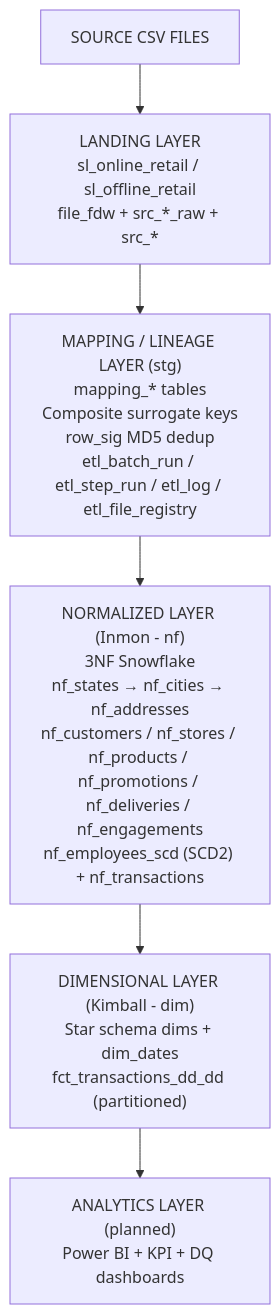
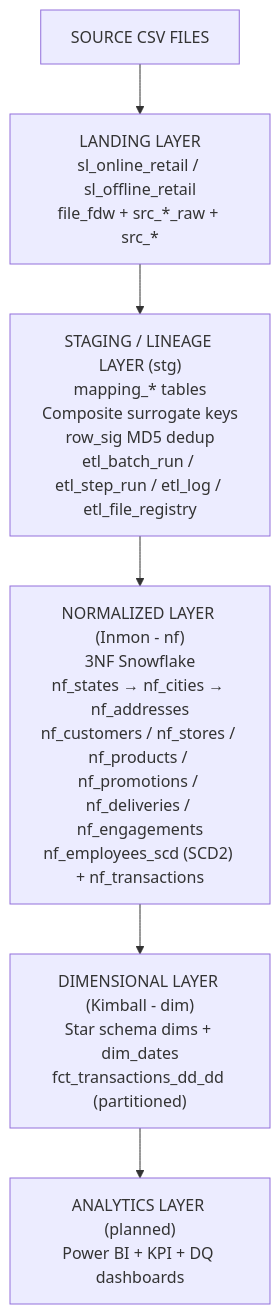
One commit to sumikara/retail-datawarehouse-e2e changed the second of 10 diagrams in README.md. Above: the diagram before and after it, drawn with Mermaid.

````diff
--- a/README.md
+++ b/README.md
@@ -104,8 +104,8 @@
 ```mermaid
 flowchart TD
     A["SOURCE CSV FILES"] --> B["LANDING LAYER\nsl_online_retail / sl_offline_retail\nfile_fdw + src_*_raw + src_*"]
-    B --> C["MAPPING / LINEAGE LAYER (stg)\nmapping_* tables\nComposite surrogate keys\nrow_sig MD5 dedup\netl_batch_run / etl_step_run / etl_log / etl_file_registry"]
+    B --> C["STAGING / LINEAGE LAYER (stg)\nmapping_* tables\nComposite surrogate keys\nrow_sig MD5 dedup\netl_batch_run / etl_step_run / etl_log / etl_file_registry"]
     C --> D["NORMALIZED LAYER (Inmon - nf)\n3NF Snowflake\nnf_states → nf_cities → nf_addresses\nnf_customers / nf_stores / nf_products / nf_promotions / nf_deliveries / nf_engagements\nnf_employees_scd (SCD2) + nf_transactions"]
     D --> E["DIMENSIONAL LAYER (Kimball - dim)\nStar schema dims + dim_dates\nfct_transactions_dd_dd (partitioned)"]
     E --> F["ANALYTICS LAYER (planned)\nPower BI + KPI + DQ dashboards"]
 ```
````
